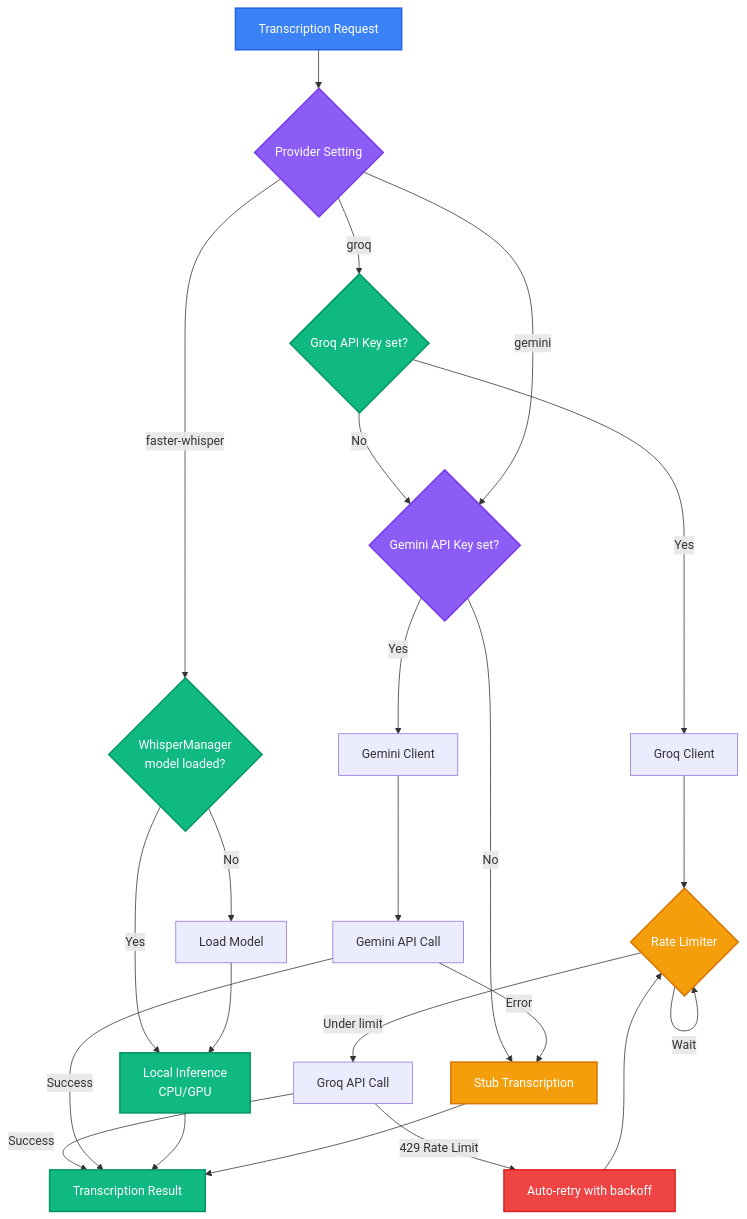
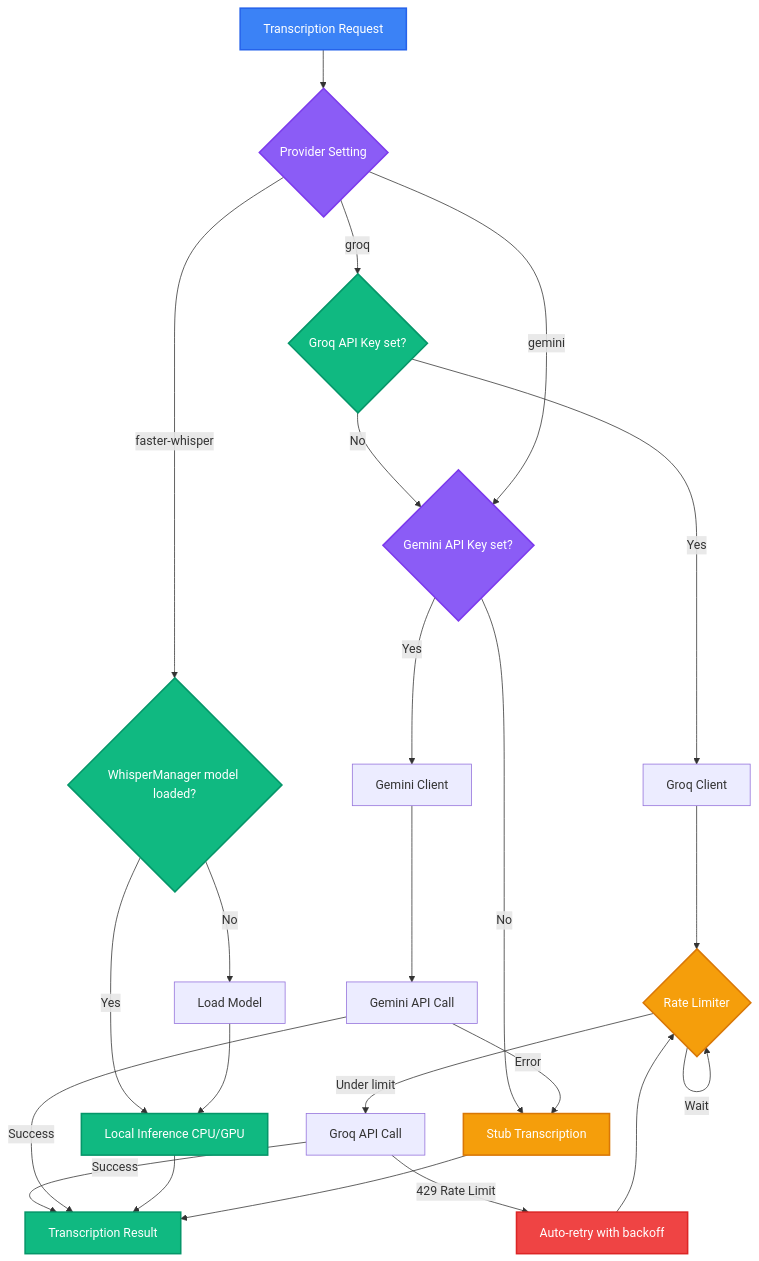
Diagram 12 of 15 in README.md (samm329-ui/Trimora_v2), drawn with Mermaid before and after one commit. The commit also changed other lines of this file, not shown here.

Commit message:
Update README with LLM Scheduler architecture and fixed diagrams

````diff
--- a/README.md
+++ b/README.md
@@ -1137,44 +1274,44 @@
 ```mermaid
 flowchart TD
     START["Transcription Request"] --> PROVIDER{"Provider Setting"}
 
-    PROVIDER -->|"faster-whisper"| WHISPER{"WhisperManager\nmodel loaded?"}
-    WHISPER -->|"Yes"| LOCAL["Local Inference\nCPU/GPU"]
+    PROVIDER -->|"faster-whisper"| WHISPER{"WhisperManager model loaded?"}
+    WHISPER -->|"Yes"| LOCAL["Local Inference CPU/GPU"]
     WHISPER -->|"No"| LOAD["Load Model"]
     LOAD --> LOCAL
 
     PROVIDER -->|"groq"| GROQ{"Groq API Key set?"}
     GROQ -->|"Yes"| GROQ_CLIENT["Groq Client"]
     GROQ -->|"No"| GEMINI{"Gemini API Key set?"}
 
     PROVIDER -->|"gemini"| GEMINI
 
     GEMINI -->|"Yes"| GEMINI_CLIENT["Gemini Client"]
     GEMINI -->|"No"| STUB["Stub Transcription"]
 
     GROQ_CLIENT --> RATE{"Rate Limiter"}
     RATE -->|"Under limit"| GROQ_CALL["Groq API Call"]
     RATE -->|"Wait"| RATE
 
     GROQ_CALL -->|"Success"| RESULT["Transcription Result"]
     GROQ_CALL -->|"429 Rate Limit"| RETRY["Auto-retry with backoff"]
     RETRY --> RATE
 
     GEMINI_CLIENT --> GEMINI_CALL["Gemini API Call"]
     GEMINI_CALL -->|"Success"| RESULT
     GEMINI_CALL -->|"Error"| STUB
 
     LOCAL --> RESULT
     STUB --> RESULT
 
     style START fill:#3b82f6,color:#fff,stroke:#2563eb,stroke-width:2px
     style PROVIDER fill:#8b5cf6,color:#fff,stroke:#7c3aed,stroke-width:2px
     style WHISPER fill:#10b981,color:#fff,stroke:#059669,stroke-width:2px
     style LOCAL fill:#10b981,color:#fff,stroke:#059669,stroke-width:2px
     style GROQ fill:#10b981,color:#fff,stroke:#059669,stroke-width:2px
     style GEMINI fill:#8b5cf6,color:#fff,stroke:#7c3aed,stroke-width:2px
     style STUB fill:#f59e0b,color:#fff,stroke:#d97706,stroke-width:2px
     style RATE fill:#f59e0b,color:#fff,stroke:#d97706,stroke-width:2px
     style RESULT fill:#10b981,color:#fff,stroke:#059669,stroke-width:2px
     style RETRY fill:#ef4444,color:#fff,stroke:#dc2626,stroke-width:2px
 ```
````
